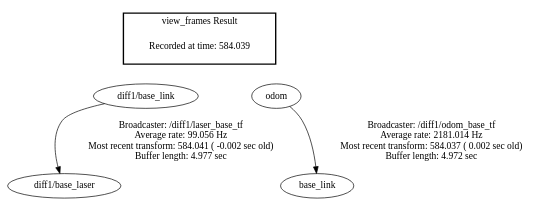
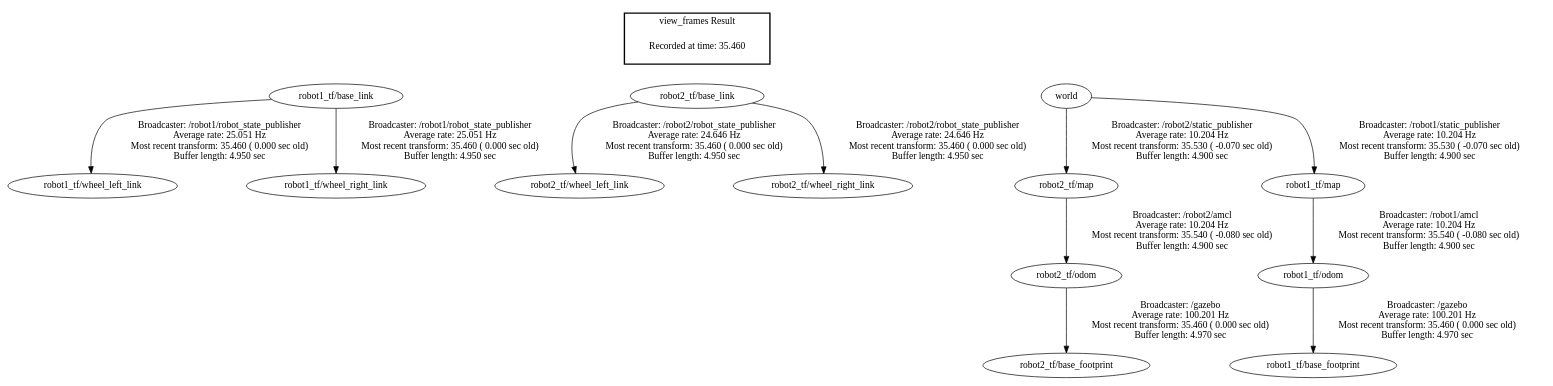
Before and after one commit to disaster-robotics-proalertas/usv_sim_lsa: the diagram in src/usv_tf/frames/frames.gv, drawn with Graphviz. The commit also changed 13 other files, not shown here.

```diff
--- a/src/usv_tf/frames/frames.gv
+++ b/src/usv_tf/frames/frames.gv
@@ -1,12 +1,24 @@
 digraph G {
-"diff1/base_link" -> "diff1/base_laser"[label="Broadcaster: /diff1/laser_base_tf\nAverage rate: 99.056 Hz\nMost recent transform: 584.041 ( -0.002 sec old)\nBuffer length: 4.977 sec\n"];
-"odom" -> "base_link"[label="Broadcaster: /diff1/odom_base_tf\nAverage rate: 2181.014 Hz\nMost recent transform: 584.037 ( 0.002 sec old)\nBuffer length: 4.972 sec\n"];
+"robot2_tf/odom" -> "robot2_tf/base_footprint"[label="Broadcaster: /gazebo\nAverage rate: 100.201 Hz\nMost recent transform: 35.460 ( 0.000 sec old)\nBuffer length: 4.970 sec\n"];
+"robot2_tf/map" -> "robot2_tf/odom"[label="Broadcaster: /robot2/amcl\nAverage rate: 10.204 Hz\nMost recent transform: 35.540 ( -0.080 sec old)\nBuffer length: 4.900 sec\n"];
+"robot1_tf/odom" -> "robot1_tf/base_footprint"[label="Broadcaster: /gazebo\nAverage rate: 100.201 Hz\nMost recent transform: 35.460 ( 0.000 sec old)\nBuffer length: 4.970 sec\n"];
+"robot1_tf/map" -> "robot1_tf/odom"[label="Broadcaster: /robot1/amcl\nAverage rate: 10.204 Hz\nMost recent transform: 35.540 ( -0.080 sec old)\nBuffer length: 4.900 sec\n"];
+"robot1_tf/base_link" -> "robot1_tf/wheel_left_link"[label="Broadcaster: /robot1/robot_state_publisher\nAverage rate: 25.051 Hz\nMost recent transform: 35.460 ( 0.000 sec old)\nBuffer length: 4.950 sec\n"];
+"robot1_tf/base_link" -> "robot1_tf/wheel_right_link"[label="Broadcaster: /robot1/robot_state_publisher\nAverage rate: 25.051 Hz\nMost recent transform: 35.460 ( 0.000 sec old)\nBuffer length: 4.950 sec\n"];
+"robot2_tf/base_link" -> "robot2_tf/wheel_left_link"[label="Broadcaster: /robot2/robot_state_publisher\nAverage rate: 24.646 Hz\nMost recent transform: 35.460 ( 0.000 sec old)\nBuffer length: 4.950 sec\n"];
+"robot2_tf/base_link" -> "robot2_tf/wheel_right_link"[label="Broadcaster: /robot2/robot_state_publisher\nAverage rate: 24.646 Hz\nMost recent transform: 35.460 ( 0.000 sec old)\nBuffer length: 4.950 sec\n"];
+"world" -> "robot2_tf/map"[label="Broadcaster: /robot2/static_publisher\nAverage rate: 10.204 Hz\nMost recent transform: 35.530 ( -0.070 sec old)\nBuffer length: 4.900 sec\n"];
+"world" -> "robot1_tf/map"[label="Broadcaster: /robot1/static_publisher\nAverage rate: 10.204 Hz\nMost recent transform: 35.530 ( -0.070 sec old)\nBuffer length: 4.900 sec\n"];
 edge [style=invis];
  subgraph cluster_legend { style=bold; color=black; label ="view_frames Result";
-"Recorded at time: 584.039"[ shape=plaintext ] ;
- }->"diff1/base_link";
+"Recorded at time: 35.460"[ shape=plaintext ] ;
+ }->"robot1_tf/base_link";
 edge [style=invis];
  subgraph cluster_legend { style=bold; color=black; label ="view_frames Result";
-"Recorded at time: 584.039"[ shape=plaintext ] ;
- }->"odom";
+"Recorded at time: 35.460"[ shape=plaintext ] ;
+ }->"robot2_tf/base_link";
+edge [style=invis];
+ subgraph cluster_legend { style=bold; color=black; label ="view_frames Result";
+"Recorded at time: 35.460"[ shape=plaintext ] ;
+ }->"world";
 }
```
